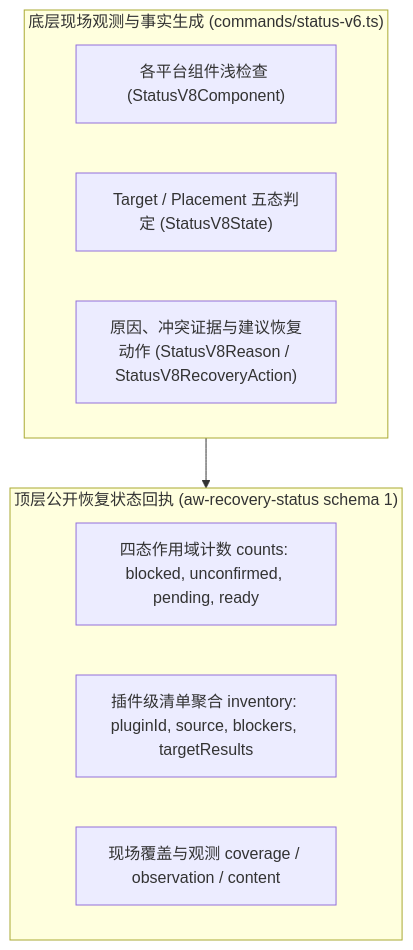
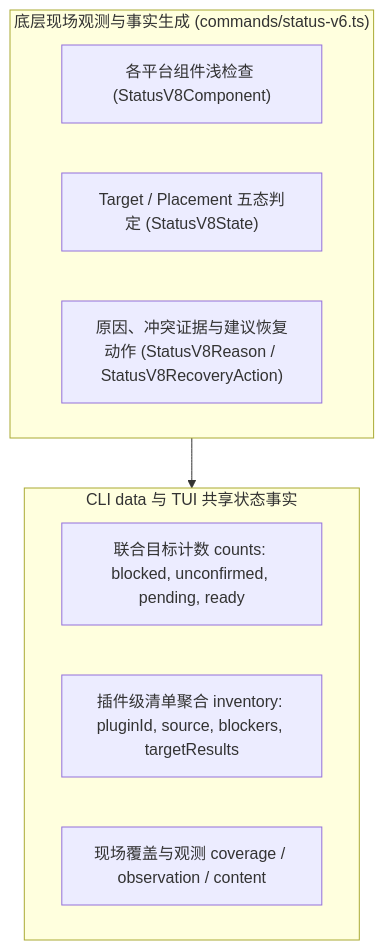
The first of 2 diagrams in docs/maintainers/architecture/config-and-status.md (lesliechan721-arch/agent-workflow), drawn with Mermaid before and after one commit. The commit also changed other lines of this file and 208 other files, not shown here.

````diff
--- a/docs/maintainers/architecture/config-and-status.md
+++ b/docs/maintainers/architecture/config-and-status.md
@@ -25,16 +25,16 @@
 ```mermaid
 flowchart TD
     subgraph S1["底层现场观测与事实生成 (commands/status-v6.ts)"]
         F1["各平台组件浅检查 (StatusV8Component)"]
         F2["Target / Placement 五态判定 (StatusV8State)"]
         F3["原因、冲突证据与建议恢复动作 (StatusV8Reason / StatusV8RecoveryAction)"]
     end
 
-    subgraph S2["顶层公开恢复状态回执 (aw-recovery-status schema 1)"]
-        R1["四态作用域计数 counts: blocked, unconfirmed, pending, ready"]
+    subgraph S2["CLI data 与 TUI 共享状态事实"]
+        R1["联合目标计数 counts: blocked, unconfirmed, pending, ready"]
         R2["插件级清单聚合 inventory: pluginId, source, blockers, targetResults"]
         R3["现场覆盖与观测 coverage / observation / content"]
     end
 
     S1 --> S2
 ```
````
